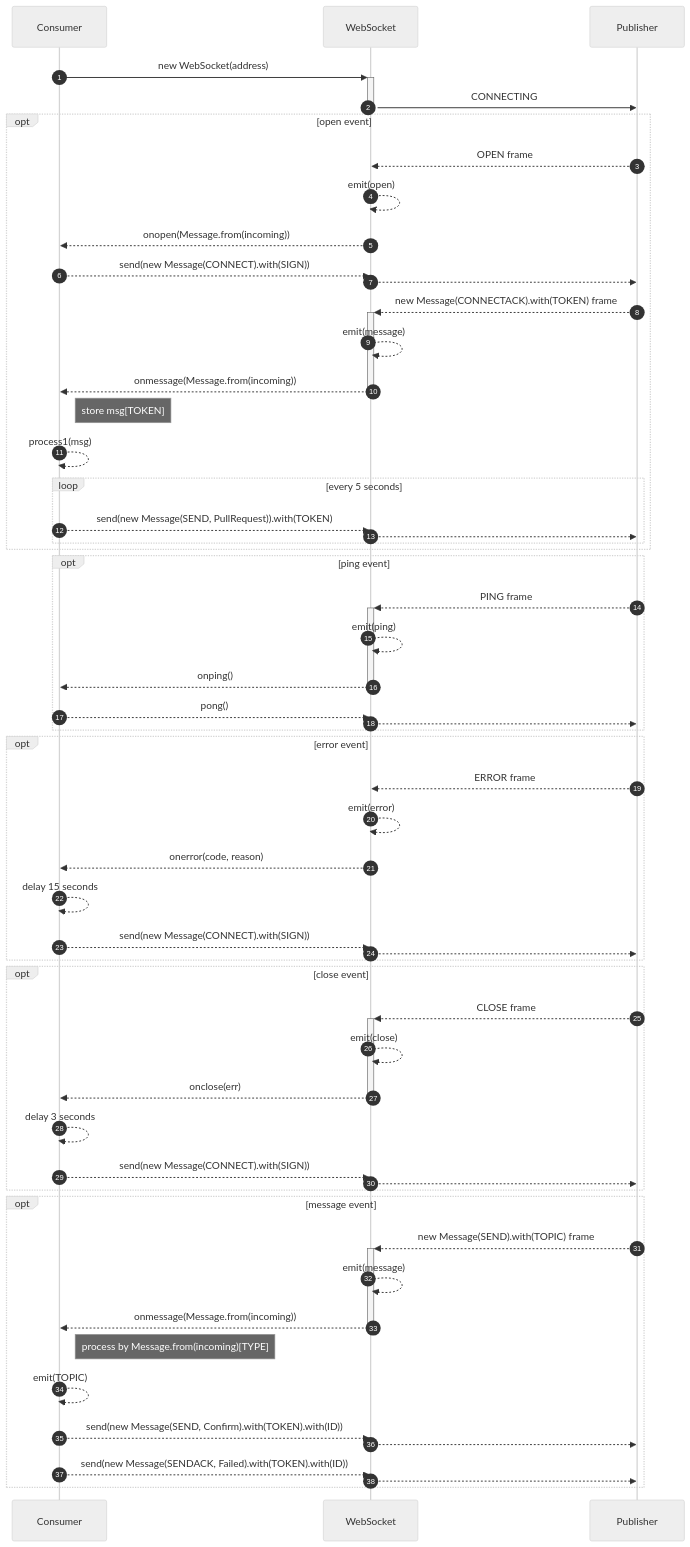
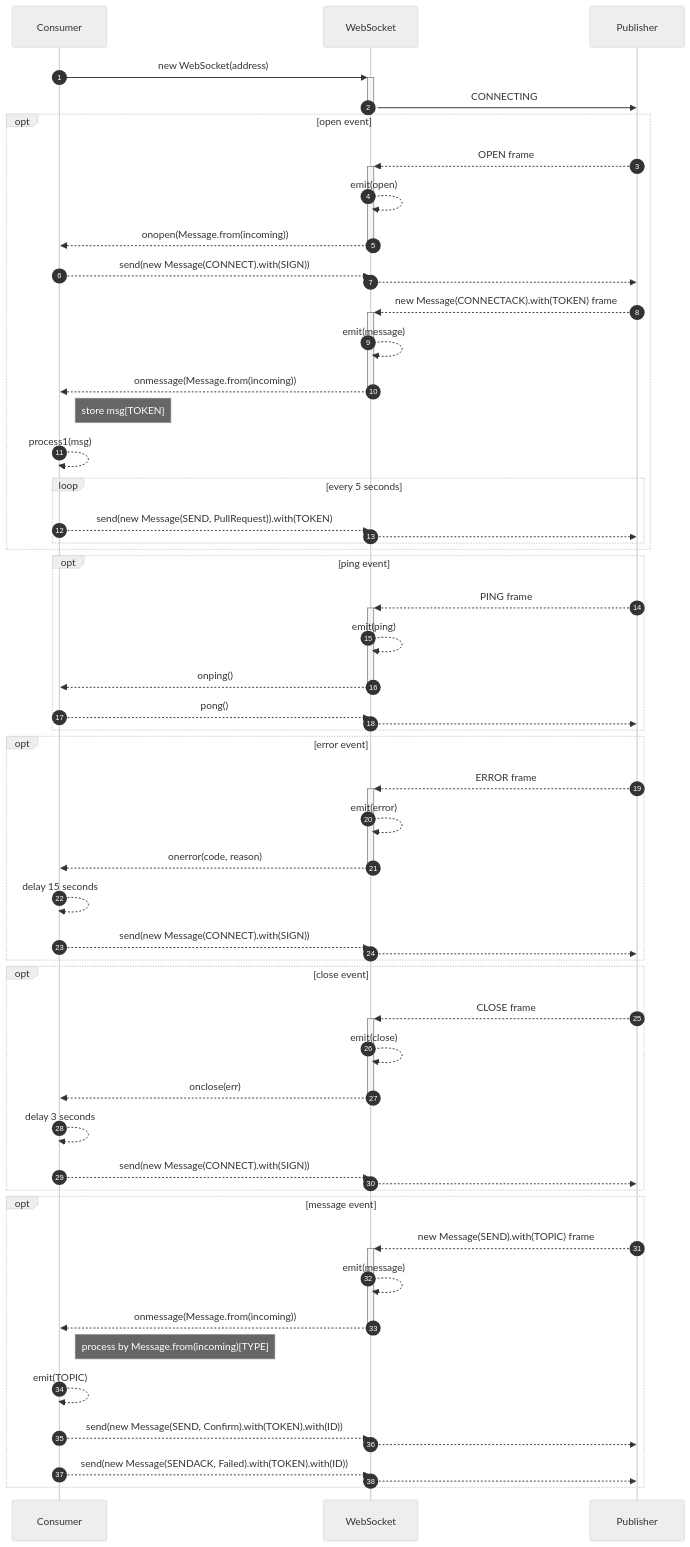
Before and after one commit to TheNorthMemory/tmc.js: the diagram in .github/sdk-sequence.mmd, drawn with Mermaid (neutral theme). The commit also changed 1 other file, not shown here.

```diff
--- a/.github/sdk-sequence.mmd
+++ b/.github/sdk-sequence.mmd
@@ -1,56 +1,56 @@
 sequenceDiagram
     autonumber
     Consumer->>+WebSocket: new WebSocket(address)
     WebSocket->>-Publisher: CONNECTING
     opt open event
-        Publisher-->>WebSocket: OPEN frame
-        WebSocket-->>WebSocket: emit(open)
-        WebSocket-->>Consumer: onopen(Message.from(incoming))
+        Publisher-->>+WebSocket: OPEN frame
+        WebSocket-->> WebSocket: emit(open)
+        WebSocket-->>-Consumer: onopen(Message.from(incoming))
         Consumer-->>WebSocket: send(new Message(CONNECT).with(SIGN))
         WebSocket-->>Publisher: 
         Publisher-->>+WebSocket: new Message(CONNECTACK).with(TOKEN) frame
         WebSocket-->> WebSocket: emit(message)
         WebSocket-->>-Consumer: onmessage(Message.from(incoming))
         Note right of Consumer: store msg[TOKEN]
         Consumer-->>Consumer: process1(msg)
         loop every 5 seconds
             Consumer-->>WebSocket: send(new Message(SEND, PullRequest)).with(TOKEN)
             WebSocket-->>Publisher: 
         end
     end
     opt ping event
         Publisher-->>+WebSocket: PING frame
         WebSocket-->> WebSocket: emit(ping)
         WebSocket-->>-Consumer: onping()
         Consumer -->> WebSocket: pong()
         WebSocket-->> Publisher: 
     end
     opt error event
-        Publisher-->>WebSocket: ERROR frame
-        WebSocket-->>WebSocket: emit(error)
-        WebSocket-->>Consumer: onerror(code, reason)
+        Publisher-->>+WebSocket: ERROR frame
+        WebSocket-->> WebSocket: emit(error)
+        WebSocket-->>-Consumer: onerror(code, reason)
         Consumer-->>Consumer: delay 15 seconds
         Consumer-->>WebSocket: send(new Message(CONNECT).with(SIGN))
         WebSocket-->>Publisher: 
     end
     opt close event
         Publisher-->>+WebSocket: CLOSE frame
         WebSocket-->> WebSocket: emit(close)
         WebSocket-->>-Consumer: onclose(err)
         Consumer -->> Consumer: delay 3 seconds
         Consumer -->> WebSocket: send(new Message(CONNECT).with(SIGN))
         WebSocket-->> Publisher: 
     end
     opt message event
         Publisher-->>+WebSocket: new Message(SEND).with(TOPIC) frame
         WebSocket-->> WebSocket: emit(message)
         WebSocket-->>-Consumer: onmessage(Message.from(incoming))
         Note right of Consumer: process by Message.from(incoming)[TYPE]
         Consumer-->> Consumer: emit(TOPIC)
         Consumer-->> WebSocket: send(new Message(SEND, Confirm).with(TOKEN).with(ID))
         WebSocket-->>Publisher: 
         Consumer-->> WebSocket: send(new Message(SENDACK, Failed).with(TOKEN).with(ID))
         WebSocket-->>Publisher: 
     end
 %% npx -p @mermaid-js/mermaid-cli mmdc -i sdk-sequence.mmd -o sdk-sequence.svg
 %% sed -i '' 's/-16[0-9]\{11\}/-div/g;s/max-width: 1162px; //' sdk-sequence.svg
```
